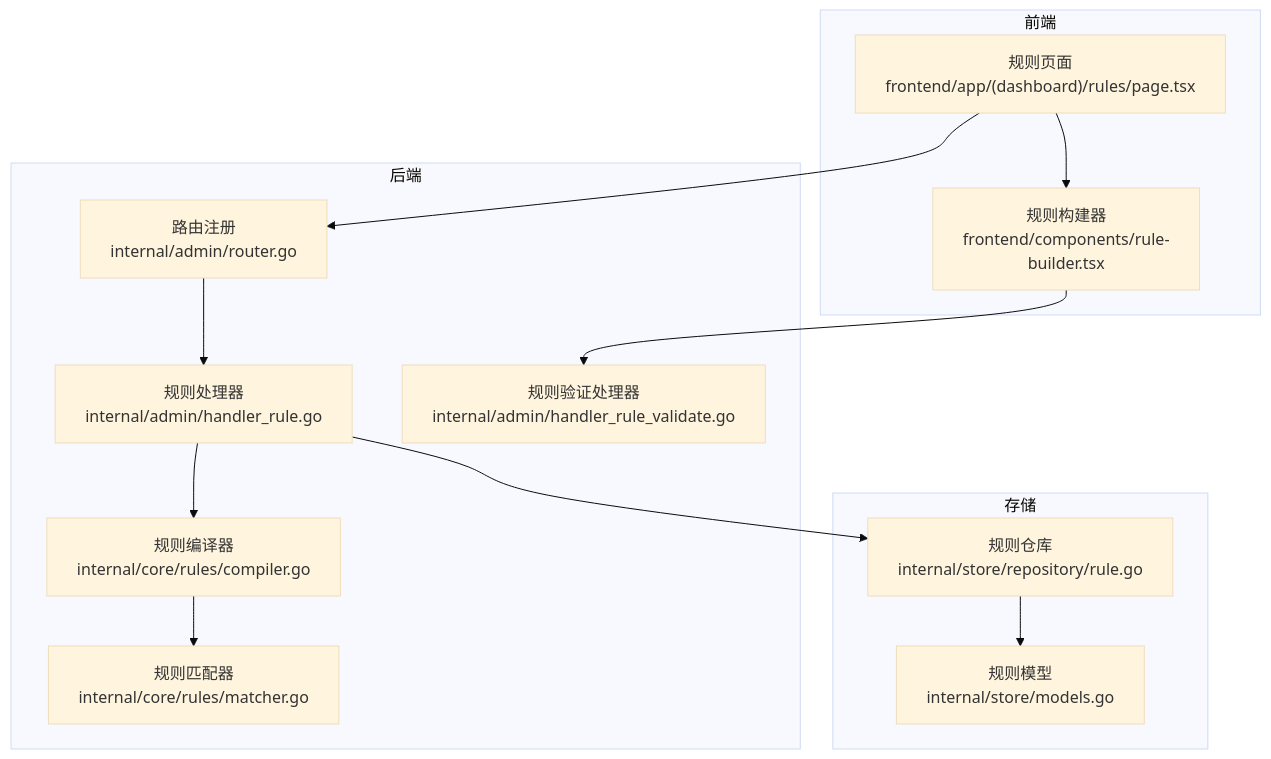
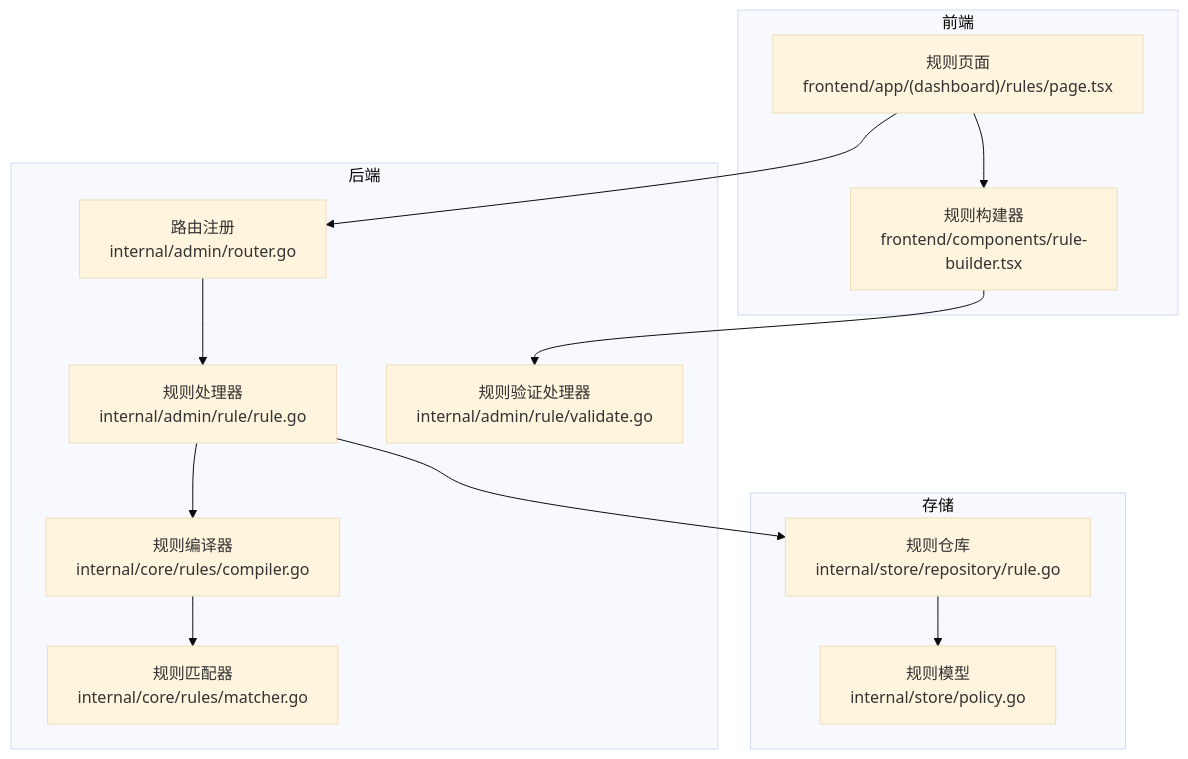
One commit to x01n/My-OpenWaf changed the first of 9 diagrams in docs/管理 API 系统/规则管理 API/规则导入导出.md. Above: the diagram before and after it, drawn with Mermaid (base theme). The commit also changed other lines of this file and 199 other files, not shown here.

````diff
--- a/docs/管理 API 系统/规则管理 API/规则导入导出.md
+++ b/docs/管理 API 系统/规则管理 API/规则导入导出.md
@@ -44,26 +44,26 @@
 ```mermaid
 graph TB
 subgraph "前端"
 FE_Rules["规则页面<br/>frontend/app/(dashboard)/rules/page.tsx"]
 FE_Builder["规则构建器<br/>frontend/components/rule-builder.tsx"]
 end
 subgraph "后端"
 Router["路由注册<br/>internal/admin/router.go"]
-HandlerRule["规则处理器<br/>internal/admin/handler_rule.go"]
-HandlerValidate["规则验证处理器<br/>internal/admin/handler_rule_validate.go"]
+HandlerRule["规则处理器<br/>internal/admin/rule/rule.go"]
+HandlerValidate["规则验证处理器<br/>internal/admin/rule/validate.go"]
 Compiler["规则编译器<br/>internal/core/rules/compiler.go"]
 Matcher["规则匹配器<br/>internal/core/rules/matcher.go"]
 end
 subgraph "存储"
 RepoRule["规则仓库<br/>internal/store/repository/rule.go"]
-ModelRule["规则模型<br/>internal/store/models.go"]
+ModelRule["规则模型<br/>internal/store/policy.go"]
 end
 FE_Rules --> FE_Builder
 FE_Rules --> Router
 FE_Builder --> HandlerValidate
 Router --> HandlerRule
 HandlerRule --> RepoRule
 RepoRule --> ModelRule
 HandlerRule --> Compiler
 Compiler --> Matcher
 ```
````
